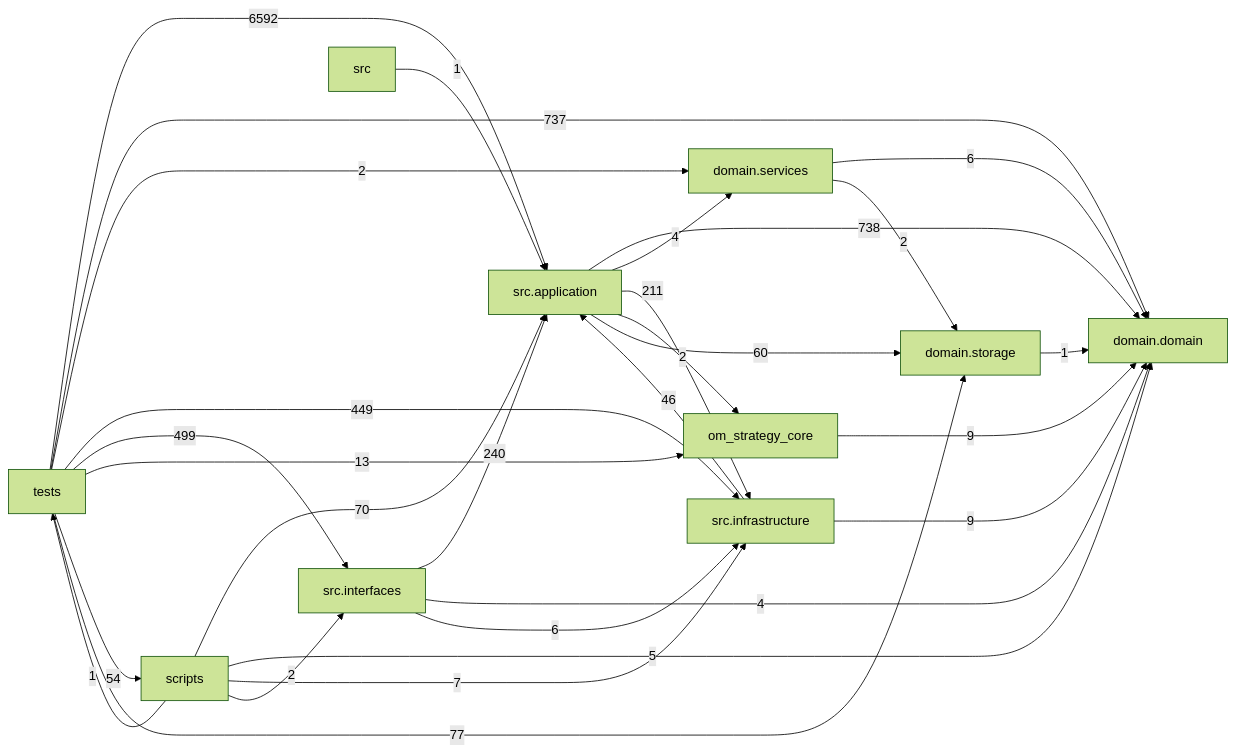
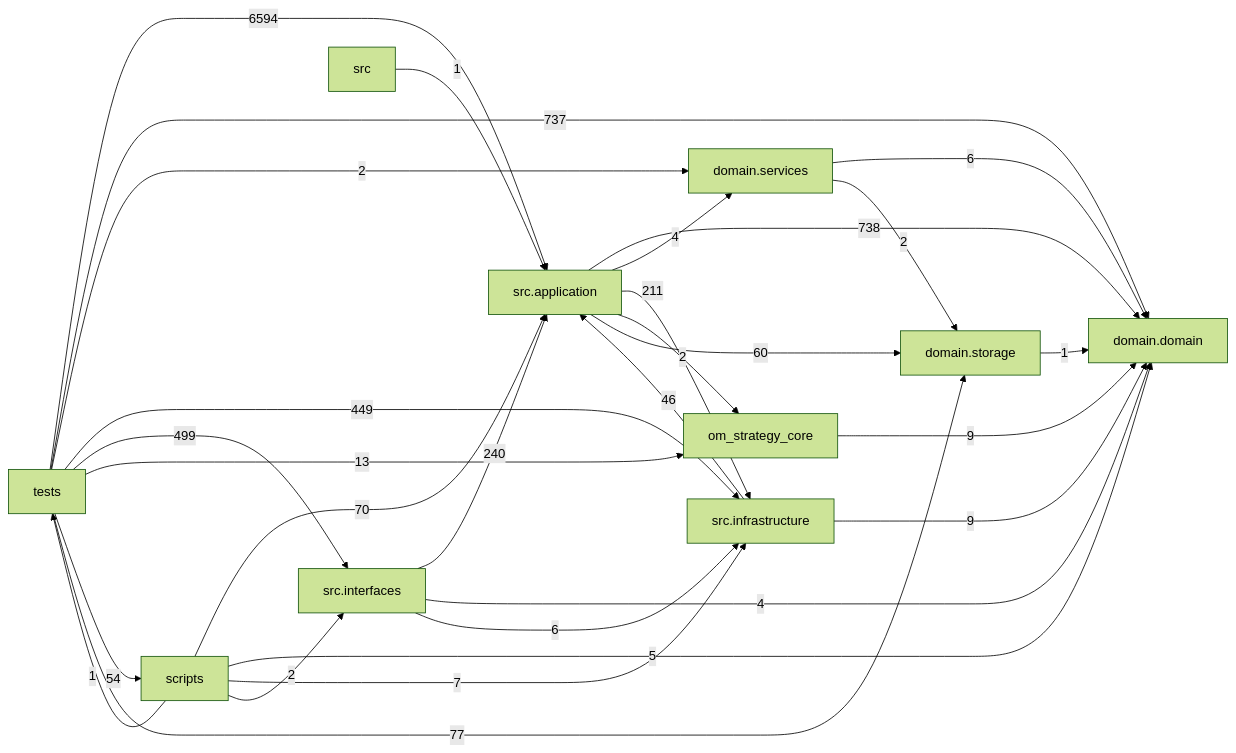
Before and after one commit to liuxie066/options-monitor: the diagram in docs/DEPENDENCY_GRAPH.md, drawn with Mermaid (forest theme). The commit also changed other lines of this file and 2 other files, not shown here.

````diff
--- a/docs/DEPENDENCY_GRAPH.md
+++ b/docs/DEPENDENCY_GRAPH.md
@@ -24,39 +24,39 @@
 ```mermaid
 flowchart LR
   tests["tests"]
   scripts["scripts"]
   interfaces["src.interfaces"]
   application["src.application"]
   infrastructure["src.infrastructure"]
   domain_services["domain.services"]
   domain["domain.domain"]
   storage["domain.storage"]
   application -->|738| domain
   application -->|4| domain_services
   application -->|211| infrastructure
   application -->|2| om_strategy_core
   application -->|60| storage
   domain_services -->|6| domain
   domain_services -->|2| storage
   infrastructure -->|46| application
   infrastructure -->|9| domain
   interfaces -->|240| application
   interfaces -->|4| domain
   interfaces -->|6| infrastructure
   om_strategy_core -->|9| domain
   scripts -->|70| application
   scripts -->|5| domain
   scripts -->|7| infrastructure
   scripts -->|2| interfaces
   scripts -->|1| tests
   src -->|1| application
   storage -->|1| domain
-  tests -->|6592| application
+  tests -->|6594| application
   tests -->|737| domain
   tests -->|2| domain_services
   tests -->|449| infrastructure
   tests -->|499| interfaces
   tests -->|13| om_strategy_core
   tests -->|54| scripts
   tests -->|77| storage
 ```
````
